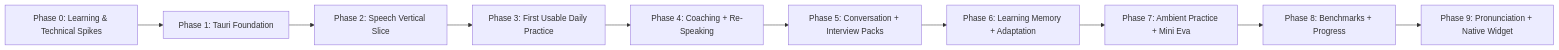
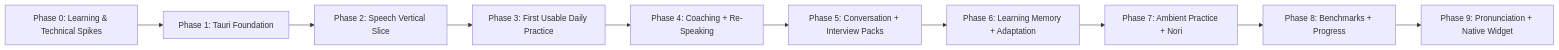
The diagram in docs/ROADMAP.md (oleksii-latyshev/english-trainer), drawn with Mermaid before and after one commit. The commit also changed other lines of this file and 9 other files, not shown here.

````diff
--- a/docs/ROADMAP.md
+++ b/docs/ROADMAP.md
@@ -19,12 +19,12 @@
 ```mermaid
 flowchart LR
     P0["Phase 0: Learning & Technical Spikes"] --> P1["Phase 1: Tauri Foundation"]
     P1 --> P2["Phase 2: Speech Vertical Slice"]
     P2 --> P3["Phase 3: First Usable Daily Practice"]
     P3 --> P4["Phase 4: Coaching + Re-Speaking"]
     P4 --> P5["Phase 5: Conversation + Interview Packs"]
     P5 --> P6["Phase 6: Learning Memory + Adaptation"]
-    P6 --> P7["Phase 7: Ambient Practice + Mini Eva"]
+    P6 --> P7["Phase 7: Ambient Practice + Nori"]
     P7 --> P8["Phase 8: Benchmarks + Progress"]
     P8 --> P9["Phase 9: Pronunciation + Native Widget"]
 ```
````
